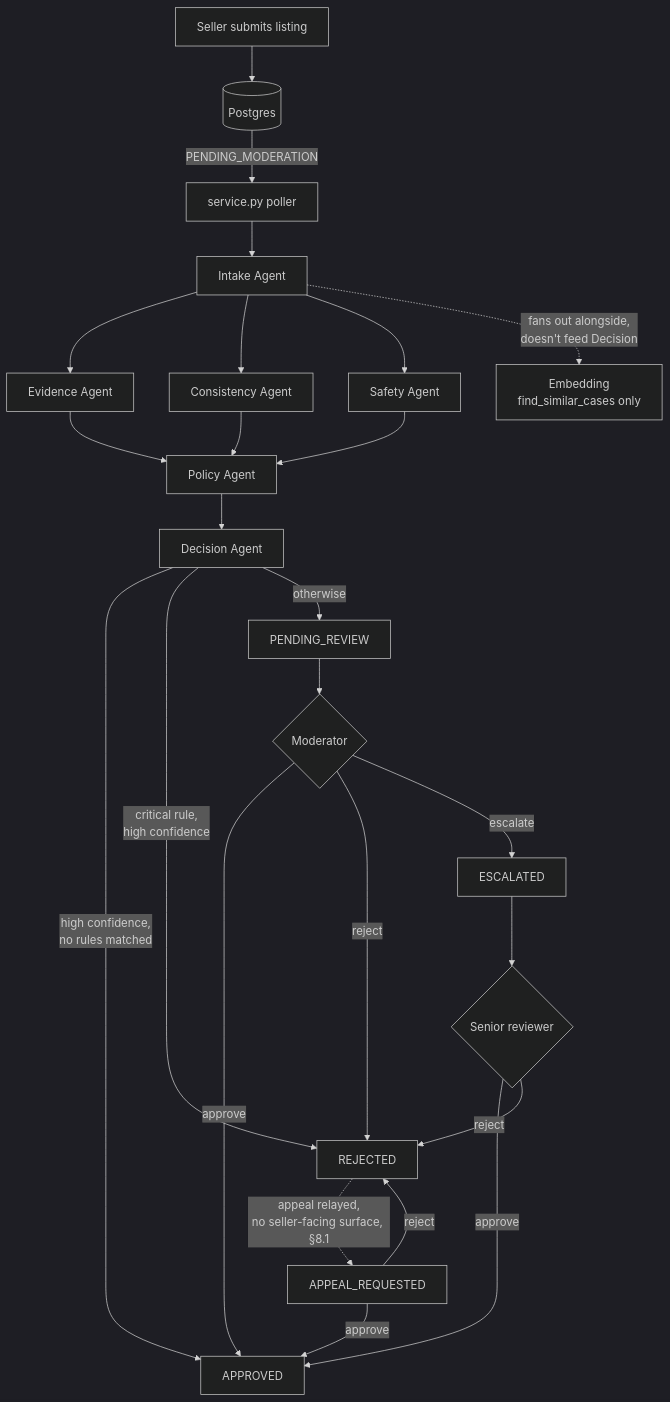
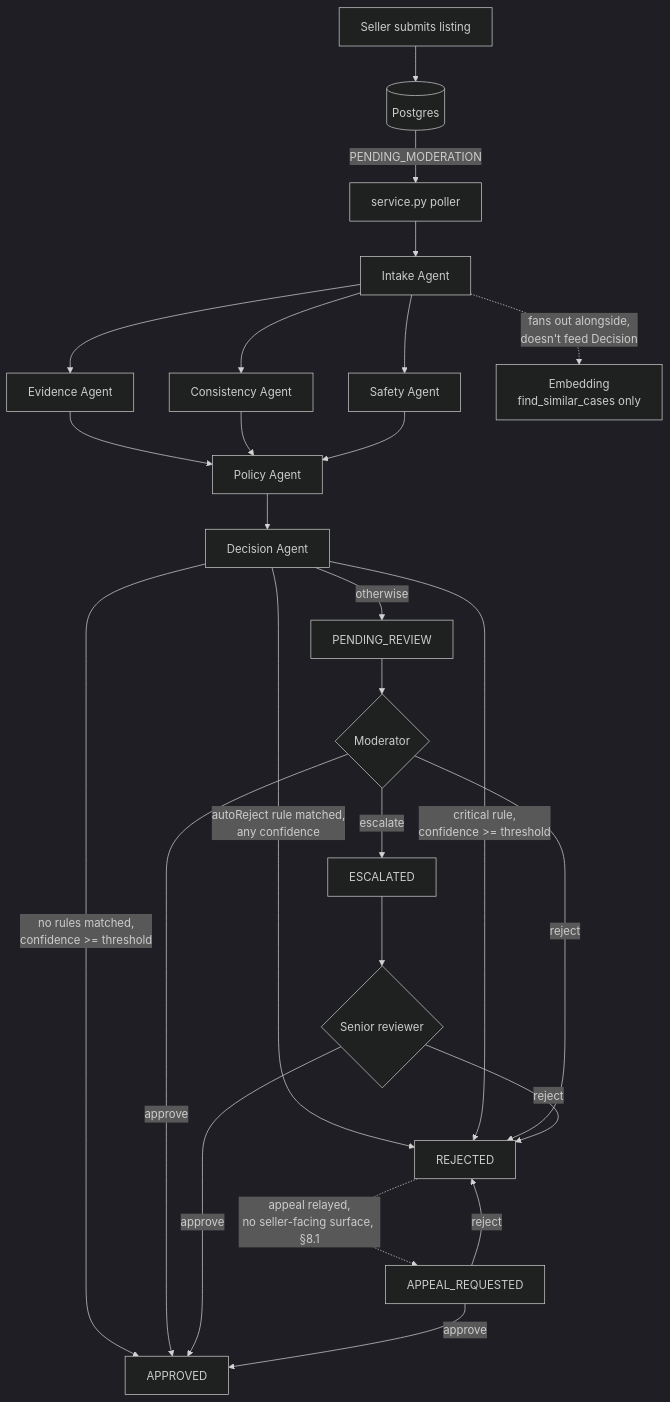
Before and after one commit to sbadakhc/amm: the diagram in README.md, drawn with Mermaid (dark theme). The commit also changed other lines of this file, not shown here.

````diff
--- a/README.md
+++ b/README.md
@@ -38,34 +53,35 @@
 ```mermaid
 flowchart TD
     Seller[Seller submits listing] --> DB[(Postgres)]
     DB -->|PENDING_MODERATION| Poller[service.py poller]
     Poller --> Intake[Intake Agent]
 
     Intake --> Evidence[Evidence Agent]
     Intake --> Consistency[Consistency Agent]
     Intake --> Safety[Safety Agent]
     Intake -.->|fans out alongside,<br/>doesn't feed Decision| Embed[Embedding<br/>find_similar_cases only]
 
     Evidence --> Policy[Policy Agent]
     Consistency --> Policy
     Safety --> Policy
 
     Policy --> Decision[Decision Agent]
 
-    Decision -->|high confidence,<br/>no rules matched| Approved[APPROVED]
-    Decision -->|critical rule,<br/>high confidence| Rejected[REJECTED]
+    Decision -->|autoReject rule matched,<br/>any confidence| Rejected[REJECTED]
+    Decision -->|critical rule,<br/>confidence >= threshold| Rejected
+    Decision -->|no rules matched,<br/>confidence >= threshold| Approved[APPROVED]
     Decision -->|otherwise| Review[PENDING_REVIEW]
 
     Review --> Moderator{Moderator}
     Moderator -->|approve| Approved
     Moderator -->|reject| Rejected
     Moderator -->|escalate| Escalated[ESCALATED]
 
     Escalated --> Senior{Senior reviewer}
     Senior -->|approve| Approved
     Senior -->|reject| Rejected
 
     Rejected -.->|appeal relayed,<br/>no seller-facing surface, §8.1| Appeal[APPEAL_REQUESTED]
     Appeal -->|approve| Approved
     Appeal -->|reject| Rejected
 ```
````
